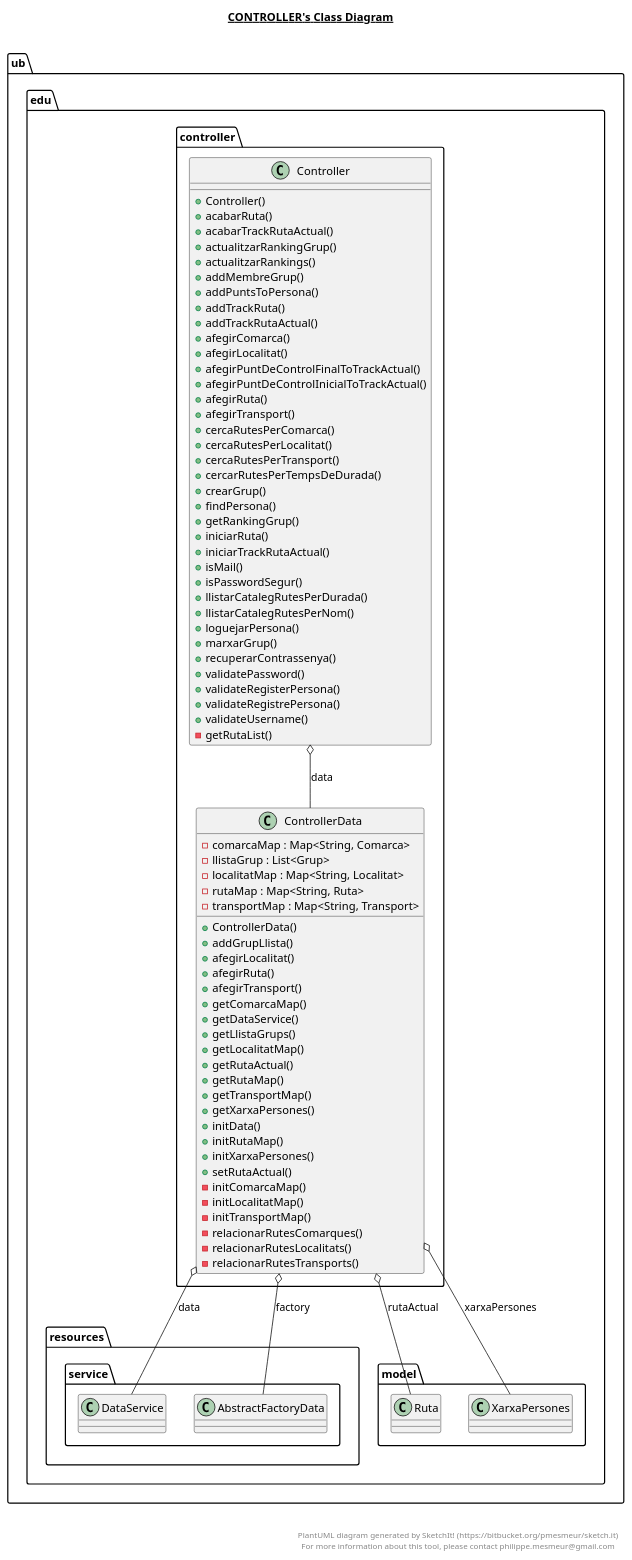
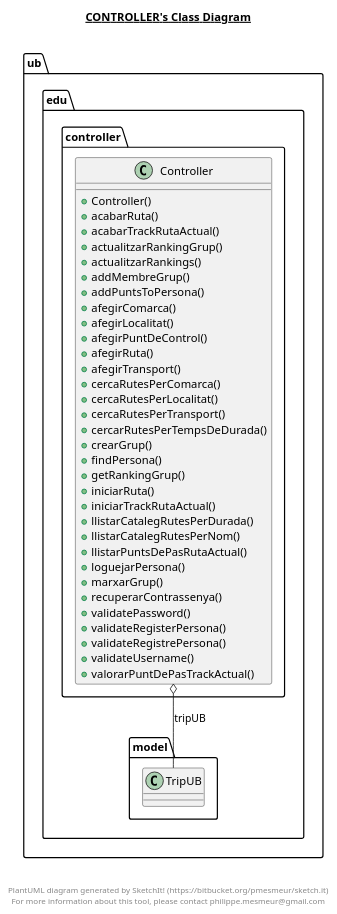
Before and after one commit to Samot2003/p3-tripu-dao-a12_reava: the diagram in src/ub/edu/controller/controller.plantuml, drawn with PlantUML. The commit also changed 15 other files, not shown here.

Commit message:
he acabat el test de llistarPuntsDePasPerValoracio

```diff
--- a/src/ub/edu/controller/controller.plantuml
+++ b/src/ub/edu/controller/controller.plantuml
@@ -1,95 +1,53 @@
 @startuml
 
 title __CONTROLLER's Class Diagram__\n
 
   namespace ub.edu.controller {
     class ub.edu.controller.Controller {
         + Controller()
         + acabarRuta()
         + acabarTrackRutaActual()
         + actualitzarRankingGrup()
         + actualitzarRankings()
         + addMembreGrup()
         + addPuntsToPersona()
-        + addTrackRuta()
-        + addTrackRutaActual()
         + afegirComarca()
         + afegirLocalitat()
-        + afegirPuntDeControlFinalToTrackActual()
-        + afegirPuntDeControlInicialToTrackActual()
+        + afegirPuntDeControl()
         + afegirRuta()
         + afegirTransport()
         + cercaRutesPerComarca()
         + cercaRutesPerLocalitat()
         + cercaRutesPerTransport()
         + cercarRutesPerTempsDeDurada()
         + crearGrup()
         + findPersona()
         + getRankingGrup()
         + iniciarRuta()
         + iniciarTrackRutaActual()
-        + isMail()
-        + isPasswordSegur()
         + llistarCatalegRutesPerDurada()
         + llistarCatalegRutesPerNom()
+        + llistarPuntsDePasRutaActual()
         + loguejarPersona()
         + marxarGrup()
         + recuperarContrassenya()
         + validatePassword()
         + validateRegisterPersona()
         + validateRegistrePersona()
         + validateUsername()
-        - getRutaList()
+        + valorarPuntDePasTrackActual()
     }
   }
   
 
-  namespace ub.edu.controller {
-    class ub.edu.controller.ControllerData {
-        - comarcaMap : Map<String, Comarca>
-        - llistaGrup : List<Grup>
-        - localitatMap : Map<String, Localitat>
-        - rutaMap : Map<String, Ruta>
-        - transportMap : Map<String, Transport>
-        + ControllerData()
-        + addGrupLlista()
-        + afegirLocalitat()
-        + afegirRuta()
-        + afegirTransport()
-        + getComarcaMap()
-        + getDataService()
-        + getLlistaGrups()
-        + getLocalitatMap()
-        + getRutaActual()
-        + getRutaMap()
-        + getTransportMap()
-        + getXarxaPersones()
-        + initData()
-        + initRutaMap()
-        + initXarxaPersones()
-        + setRutaActual()
-        - initComarcaMap()
-        - initLocalitatMap()
-        - initTransportMap()
-        - relacionarRutesComarques()
-        - relacionarRutesLocalitats()
-        - relacionarRutesTransports()
-    }
-  }
-  
-
-  ub.edu.controller.Controller o-- ub.edu.controller.ControllerData : data
-  ub.edu.controller.ControllerData o-- ub.edu.resources.service.DataService : data
-  ub.edu.controller.ControllerData o-- ub.edu.resources.service.AbstractFactoryData : factory
-  ub.edu.controller.ControllerData o-- ub.edu.model.Ruta : rutaActual
-  ub.edu.controller.ControllerData o-- ub.edu.model.XarxaPersones : xarxaPersones
+  ub.edu.controller.Controller o-- ub.edu.model.TripUB : tripUB
 
 
 right footer
 
 
 PlantUML diagram generated by SketchIt! (https://bitbucket.org/pmesmeur/sketch.it)
 For more information about this tool, please contact philippe.mesmeur@gmail.com
 endfooter
 
 @enduml
```
